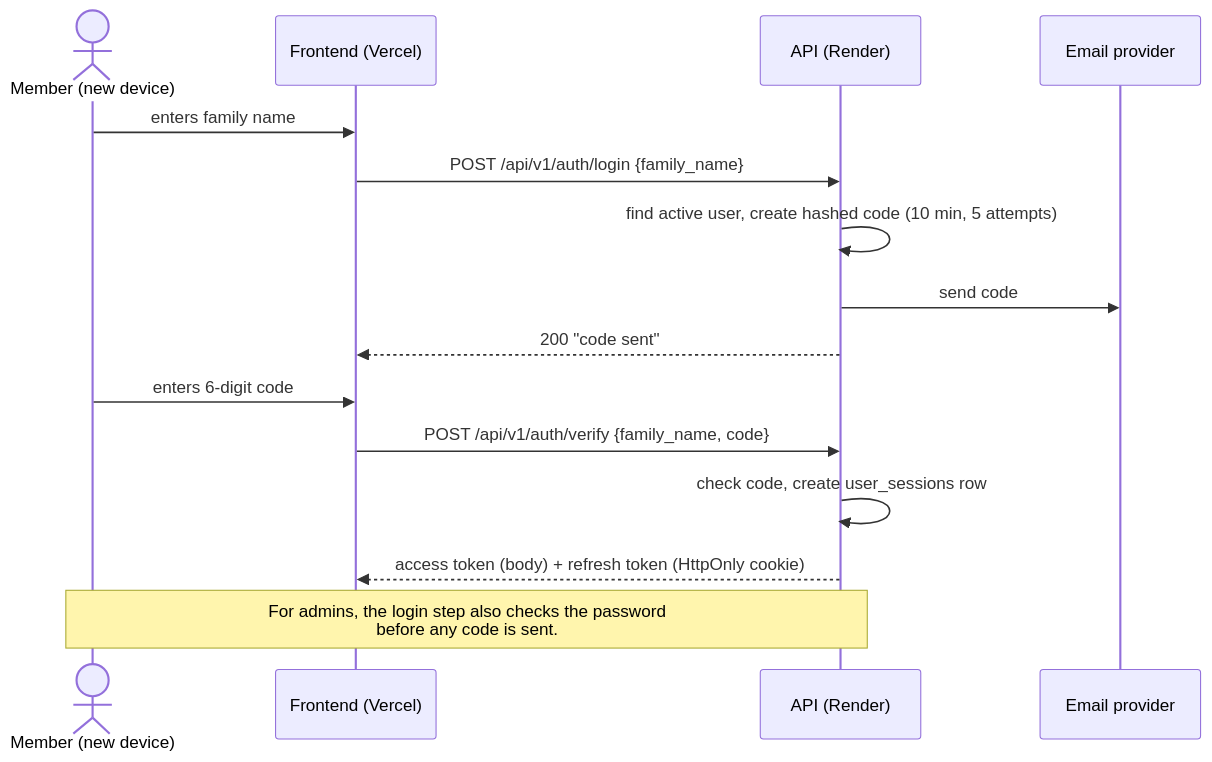
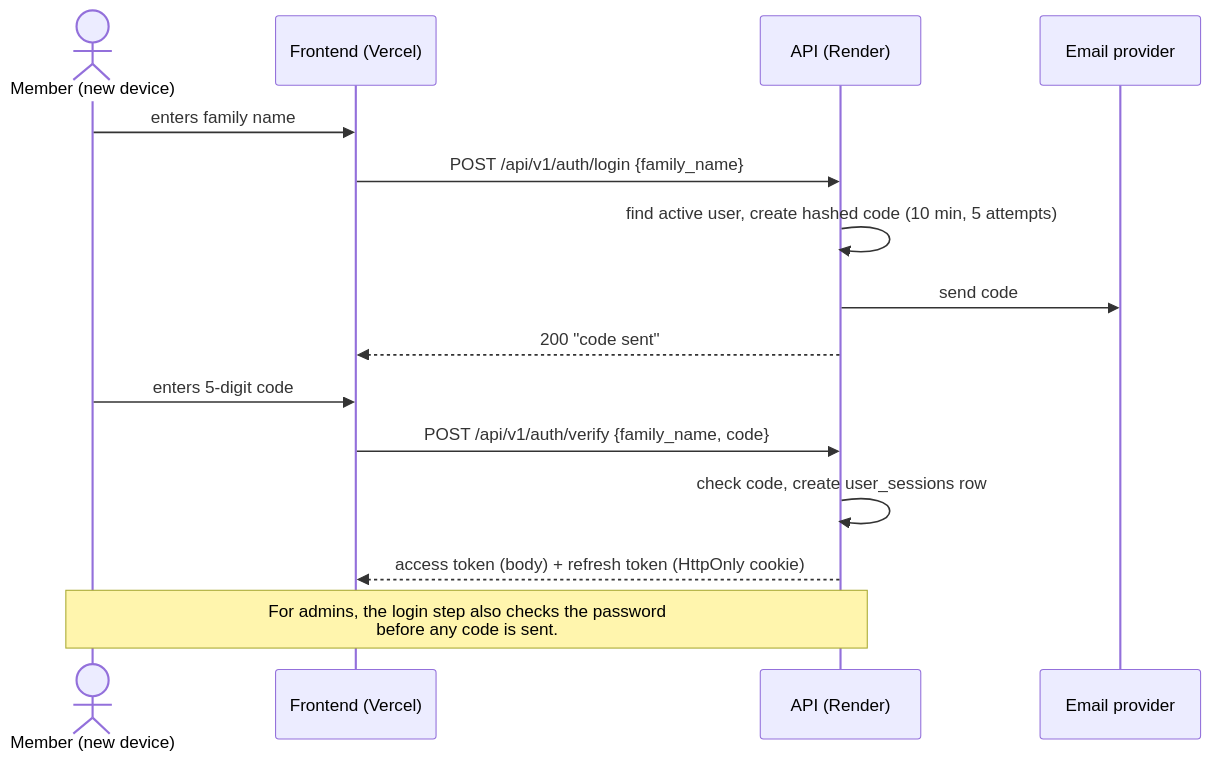
The first of 2 diagrams in docs/auth.md (Imena-DevTeam/ImenaNewsBox.v2_backend), drawn with Mermaid before and after one commit. The commit also changed other lines of this file and 12 other files, not shown here.

````diff
--- a/docs/auth.md
+++ b/docs/auth.md
@@ -18,18 +18,18 @@
 ```mermaid
 sequenceDiagram
     actor M as Member (new device)
     participant F as Frontend (Vercel)
     participant A as API (Render)
     participant E as Email provider
 
     M->>F: enters family name
     F->>A: POST /api/v1/auth/login {family_name}
     A->>A: find active user, create hashed code (10 min, 5 attempts)
     A->>E: send code
     A-->>F: 200 "code sent"
-    M->>F: enters 6-digit code
+    M->>F: enters 5-digit code
     F->>A: POST /api/v1/auth/verify {family_name, code}
     A->>A: check code, create user_sessions row
     A-->>F: access token (body) + refresh token (HttpOnly cookie)
     Note over M,A: For admins, the login step also checks the password<br/>before any code is sent.
 ```
````
